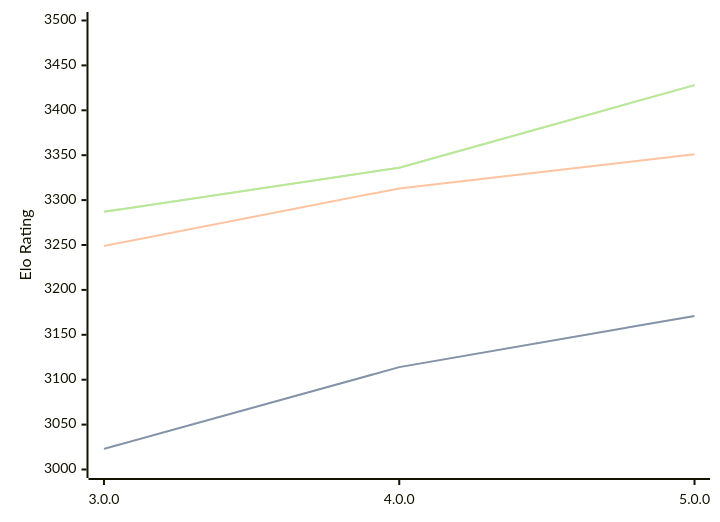
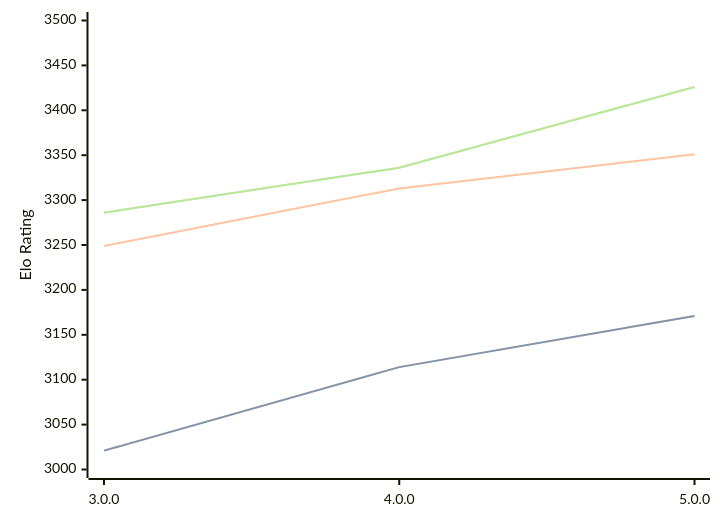
The diagram in engines/Minke.md (computer-chess-index/cci), drawn with Mermaid before and after one commit. The commit also changed other lines of this file, not shown here.

Commit message:
Update CCI Ratings (ELO VLTC) - 2026-03-09

````diff
--- a/engines/Minke.md
+++ b/engines/Minke.md
@@ -33,11 +33,11 @@
 ```mermaid
 %%{init: {"theme":"base","themeVariables":{"seriesColors:['#a3a3a3','#222221','#faa371']}}}%%
 xychart-beta
   x-axis ["3.0.0", "4.0.0", "5.0.0"]
   y-axis "Elo Rating" 3000 --> 3500
-  line "STC (8.0+0.08s)" [3023, 3114, 3171]
-  line "STC (8.0+0.08s)" [3023, 3114, 3171]
+  line "STC (8.0+0.08s)" [3021, 3114, 3171]
+  line "STC (8.0+0.08s)" [3021, 3114, 3171]
   line "LTC (60.0+0.60s)" [3249, 3313, 3351]
-  line "VLTC (2m24s+1.12s)" [3287, 3336, 3428]
-  line "VLTC (2m24s+1.12s)" [3287, 3336, 3428]
+  line "VLTC (2m24s+1.12s)" [3286, 3336, 3426]
+  line "VLTC (2m24s+1.12s)" [3286, 3336, 3426]
 ```
````
